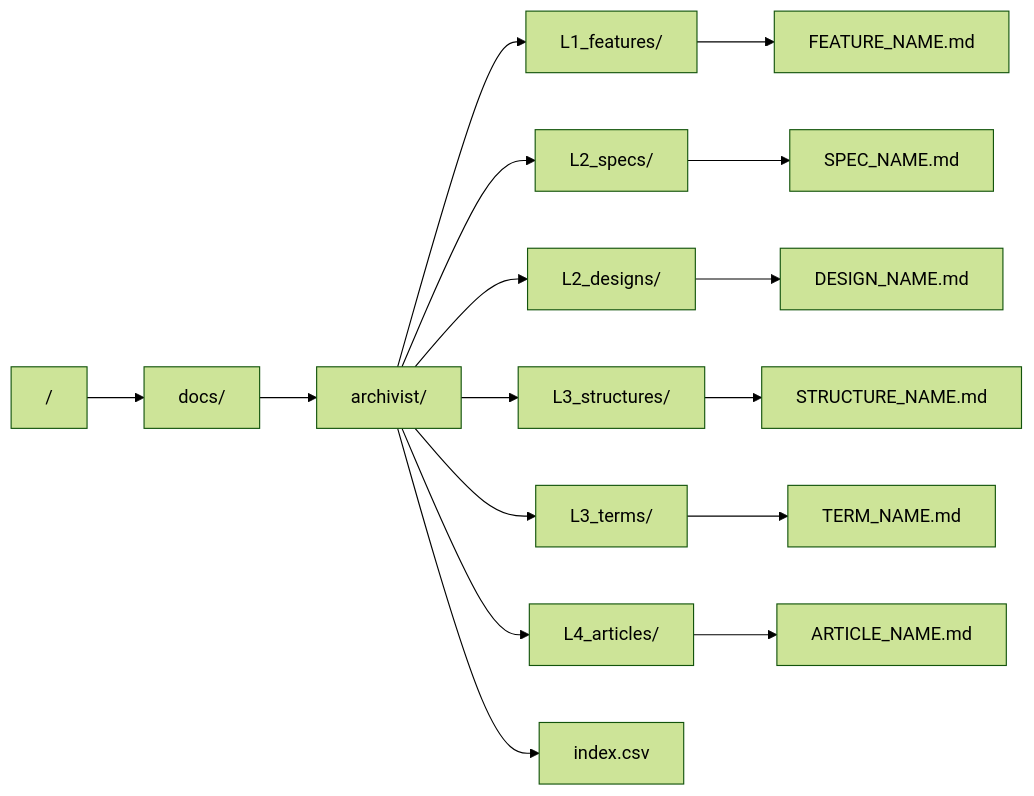
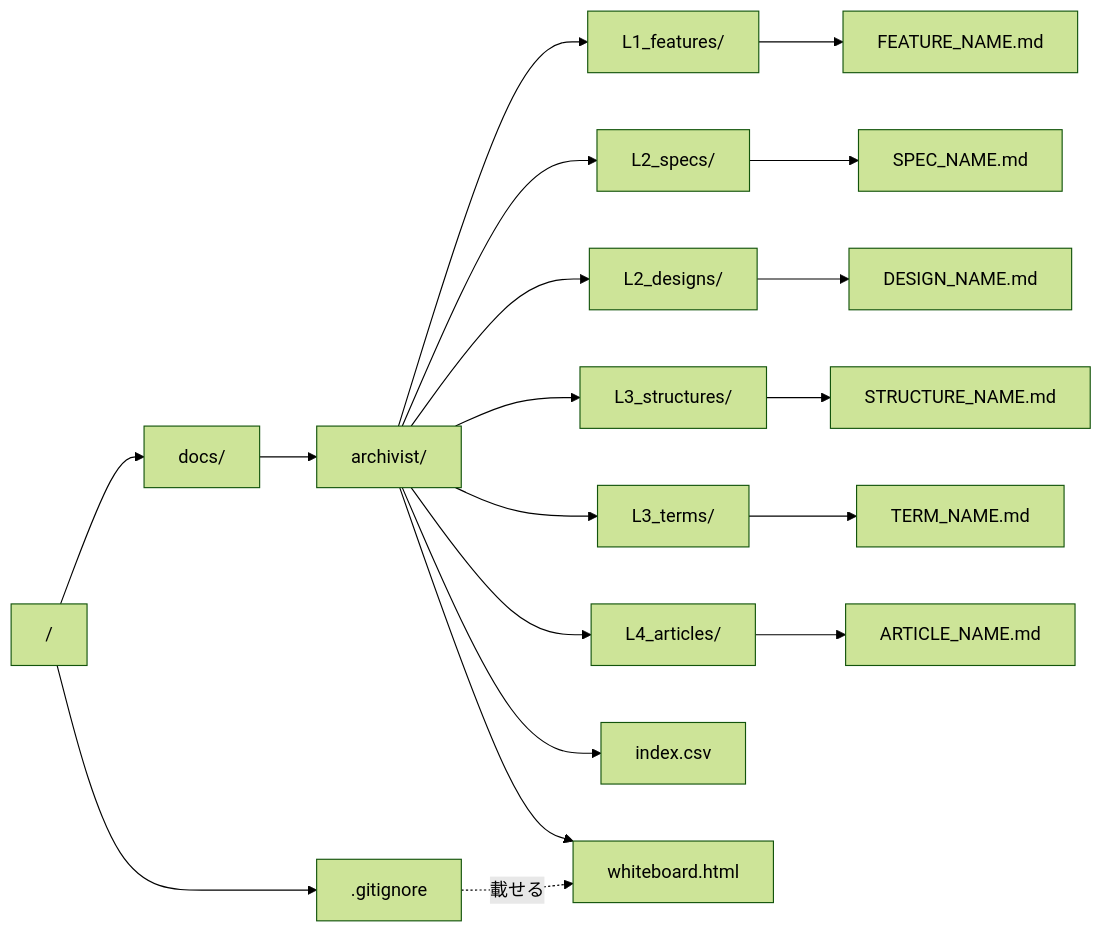
The first of 2 diagrams in docs/archivist/L3_structures/directory-layout.md (gameundwatch/archivist), drawn with Mermaid (forest theme) before and after one commit. The commit also changed other lines of this file and 10 other files, not shown here.

````diff
--- a/docs/archivist/L3_structures/directory-layout.md
+++ b/docs/archivist/L3_structures/directory-layout.md
@@ -7,29 +7,32 @@
 ```mermaid
 graph LR
 
 ROOT["/"]
 DOCS_ROOT["docs/"]
 ARCHIVIST["archivist/"]
 FEATURES["L1_features/"]
 SPECS["L2_specs/"]
 DESIGNS["L2_designs/"]
 STRUCTURES["L3_structures/"]
 TERMS["L3_terms/"]
 ARTICLES["L4_articles/"]
 
 ROOT --> DOCS_ROOT
 DOCS_ROOT --> ARCHIVIST
 ARCHIVIST --> FEATURES
 ARCHIVIST --> SPECS
 ARCHIVIST --> DESIGNS
 ARCHIVIST --> STRUCTURES
 ARCHIVIST --> TERMS
 ARCHIVIST --> ARTICLES
 ARCHIVIST --> INDEX["index.csv"]
+ARCHIVIST --> WHITEBOARD["whiteboard.html"]
+GITIGNORE[".gitignore"] -.載せる.-> WHITEBOARD
+ROOT --> GITIGNORE
 FEATURES --> FEATURE_FILE["FEATURE_NAME.md"]
 SPECS --> SPEC_FILE["SPEC_NAME.md"]
 DESIGNS --> DESIGN_FILE["DESIGN_NAME.md"]
 STRUCTURES --> STRUCTURE_FILE["STRUCTURE_NAME.md"]
 TERMS --> TERM_FILE["TERM_NAME.md"]
 ARTICLES --> ARTICLE_FILE["ARTICLE_NAME.md"]
 ```
````
